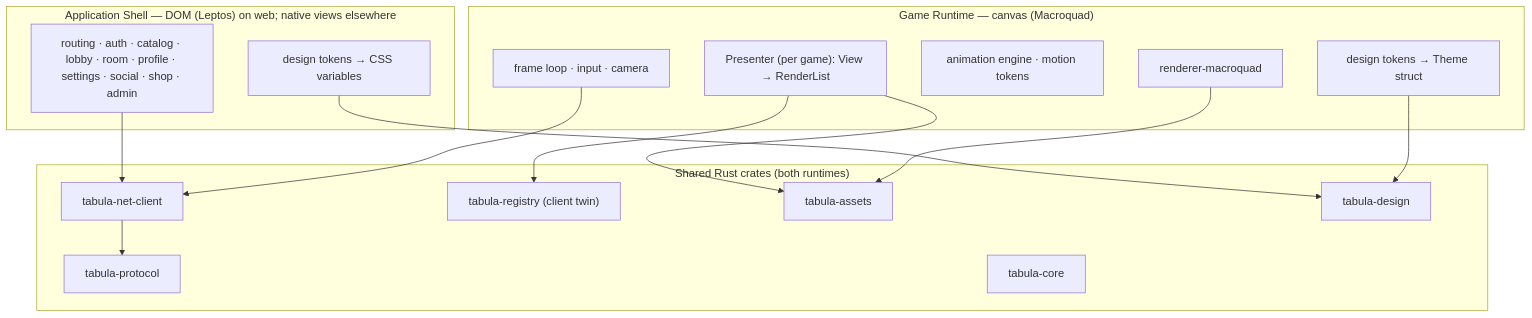
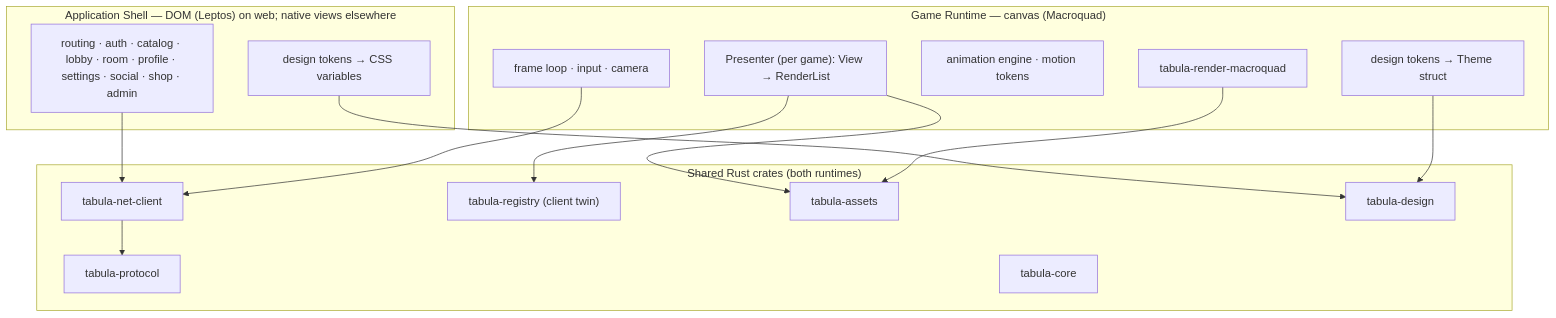
The first of 6 diagrams in docs/architecture/04-frontend-and-design-system.md (loveoverflowcom/tabula), drawn with Mermaid before and after one commit. The commit also changed other lines of this file and 34 other files, not shown here.

First line of the commit message:
refactor: prefix renderer crates with tabula-render

````diff
--- a/docs/architecture/04-frontend-and-design-system.md
+++ b/docs/architecture/04-frontend-and-design-system.md
@@ -12,30 +12,30 @@
 ```mermaid
 flowchart TB
     subgraph SHELL["Application Shell — DOM (Leptos) on web; native views elsewhere"]
         NAV["routing · auth · catalog · lobby · room · profile · settings · social · shop · admin"]
         DS1["design tokens → CSS variables"]
     end
     subgraph GAME["Game Runtime — canvas (Macroquad)"]
         LOOP["frame loop · input · camera"]
         PRES["Presenter (per game): View → RenderList"]
         ANIM["animation engine · motion tokens"]
         DS2["design tokens → Theme struct"]
-        REND["renderer-macroquad"]
+        REND["tabula-render-macroquad"]
     end
     subgraph SHARED["Shared Rust crates (both runtimes)"]
         NET["tabula-net-client"]
         PROTO["tabula-protocol"]
         REG["tabula-registry (client twin)"]
         ASSETS["tabula-assets"]
         DESIGN["tabula-design"]
         CORE["tabula-core"]
     end
     NAV --> NET
     LOOP --> NET
     PRES --> ASSETS
     REND --> ASSETS
     DS1 --> DESIGN
     DS2 --> DESIGN
     NET --> PROTO
     PRES --> REG
 ```
````
